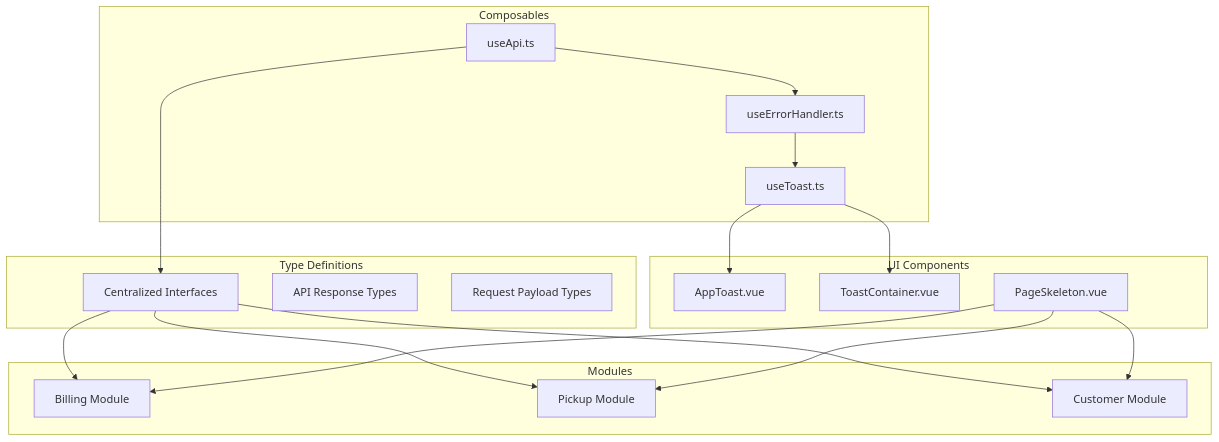
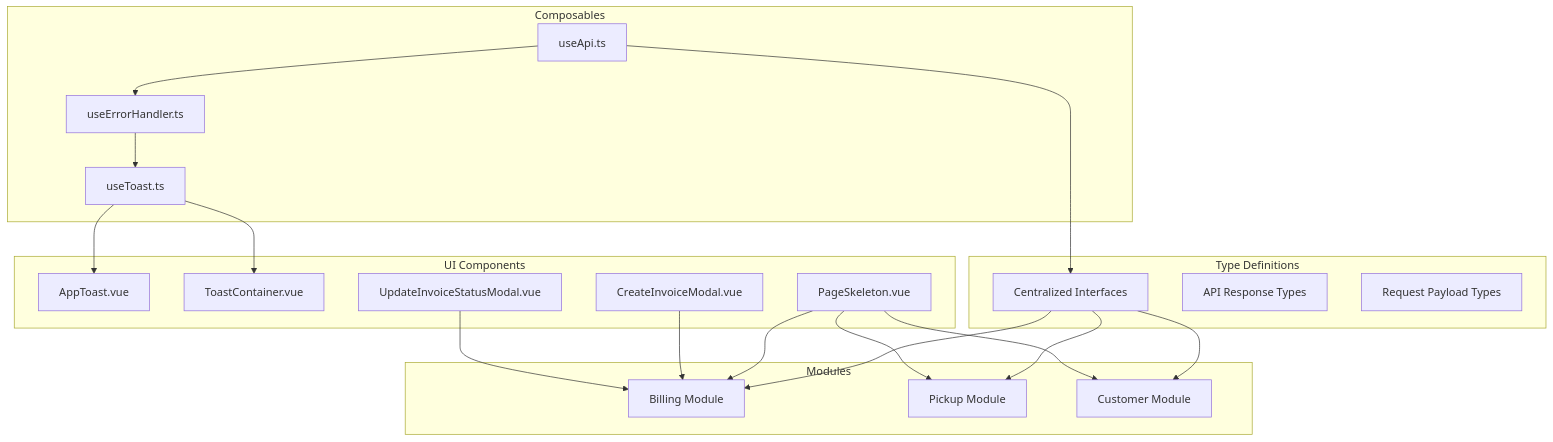
Before and after one commit to Lazynerd-Studios/lacarte-atlas-console: the first of 10 diagrams in .qoder/repowiki/en/content/Architecture & Design/API Integration & Communication.md, drawn with Mermaid. The commit also changed other lines of this file and 32 other files, not shown here.

````diff
--- a/.qoder/repowiki/en/content/Architecture & Design/API Integration & Communication.md
+++ b/.qoder/repowiki/en/content/Architecture & Design/API Integration & Communication.md
@@ -67,34 +75,38 @@
 ```mermaid
 graph TB
 subgraph "Composables"
 A["useApi.ts"]
 B["useErrorHandler.ts"]
 C["useToast.ts"]
 end
 subgraph "Type Definitions"
 D["Centralized Interfaces"]
 E["API Response Types"]
 F["Request Payload Types"]
 end
 subgraph "UI Components"
 G["AppToast.vue"]
 H["ToastContainer.vue"]
 I["PageSkeleton.vue"]
+J["CreateInvoiceModal.vue"]
+K["UpdateInvoiceStatusModal.vue"]
 end
 subgraph "Modules"
-J["Billing Module"]
-K["Pickup Module"]
-L["Customer Module"]
+L["Billing Module"]
+M["Pickup Module"]
+N["Customer Module"]
 end
 A --> B
 B --> C
 C --> G
 C --> H
 A --> D
-D --> J
-D --> K
 D --> L
-I --> J
-I --> K
+D --> M
+D --> N
 I --> L
+I --> M
+I --> N
+J --> L
+K --> L
 ```
````
